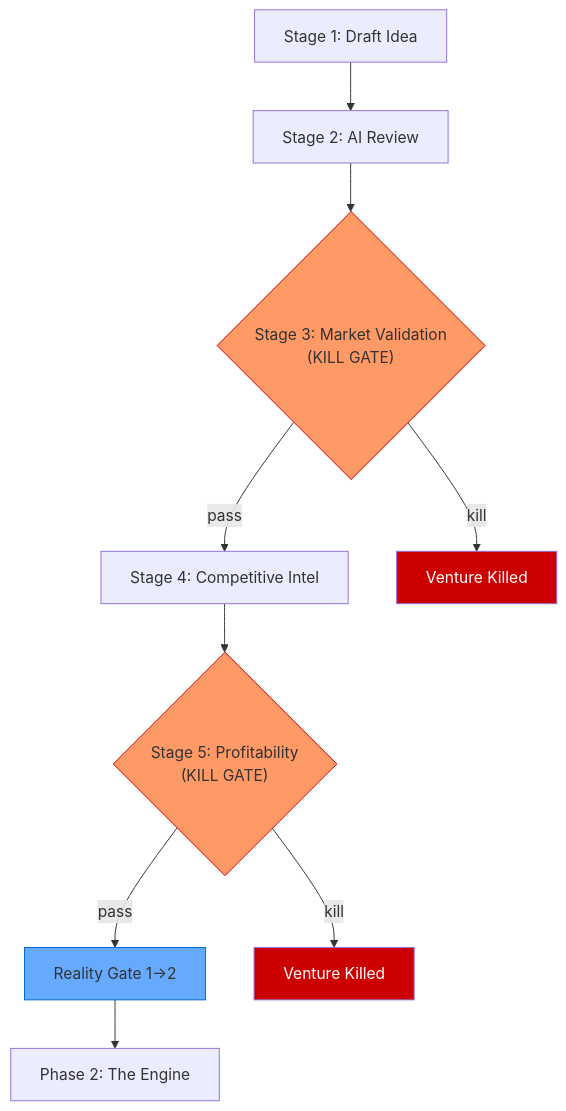
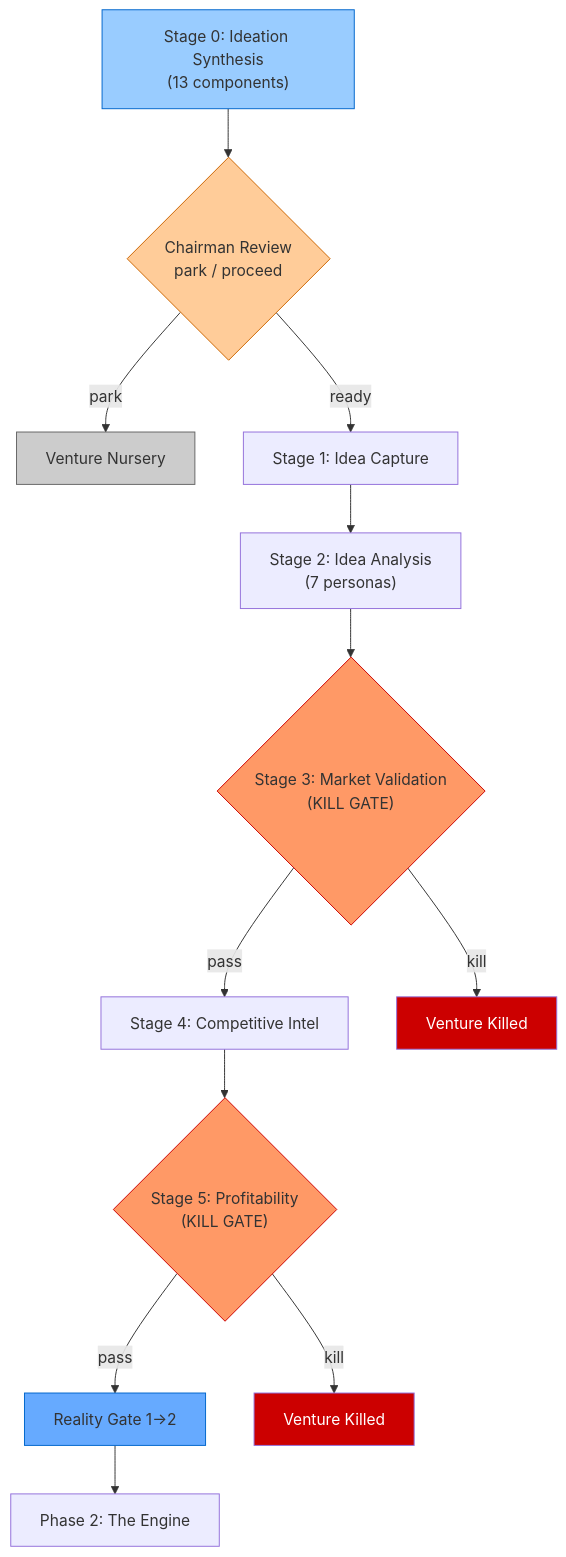
One commit to rickfelix/EHG_Engineer changed the diagram in docs/guides/workflow/cli-venture-lifecycle/stages/phase-01-the-truth.md. Above: the diagram before and after it, drawn with Mermaid. The commit also changed other lines of this file and 1 other file, not shown here.

First line of the commit message:
docs(eva): update venture lifecycle vision and phase-01 documentation

````diff
--- a/docs/guides/workflow/cli-venture-lifecycle/stages/phase-01-the-truth.md
+++ b/docs/guides/workflow/cli-venture-lifecycle/stages/phase-01-the-truth.md
@@ -55,23 +65,32 @@
 ```mermaid
 flowchart TD
-    S1["Stage 1: Draft Idea"]
-    S2["Stage 2: AI Review"]
+    S0["Stage 0: Ideation Synthesis\n(13 components)"]
+    CR{"Chairman Review\npark / proceed"}
+    NURSERY["Venture Nursery"]
+    S1["Stage 1: Idea Capture"]
+    S2["Stage 2: Idea Analysis\n(7 personas)"]
     S3{"Stage 3: Market Validation\n(KILL GATE)"}
     S4["Stage 4: Competitive Intel"]
     S5{"Stage 5: Profitability\n(KILL GATE)"}
     RG["Reality Gate 1->2"]
 
+    S0 --> CR
+    CR -->|park| NURSERY
+    CR -->|ready| S1
     S1 --> S2 --> S3
     S3 -->|pass| S4
     S3 -->|kill| DEAD1["Venture Killed"]
     S4 --> S5
     S5 -->|pass| RG
     S5 -->|kill| DEAD2["Venture Killed"]
     RG --> PHASE2["Phase 2: The Engine"]
 
+    style S0 fill:#9cf,stroke:#06c
+    style CR fill:#fc9,stroke:#c60
+    style NURSERY fill:#ccc,stroke:#666
     style S3 fill:#f96,stroke:#c00
     style S5 fill:#f96,stroke:#c00
     style DEAD1 fill:#c00,color:#fff
     style DEAD2 fill:#c00,color:#fff
     style RG fill:#6af,stroke:#06c
 ```
````
